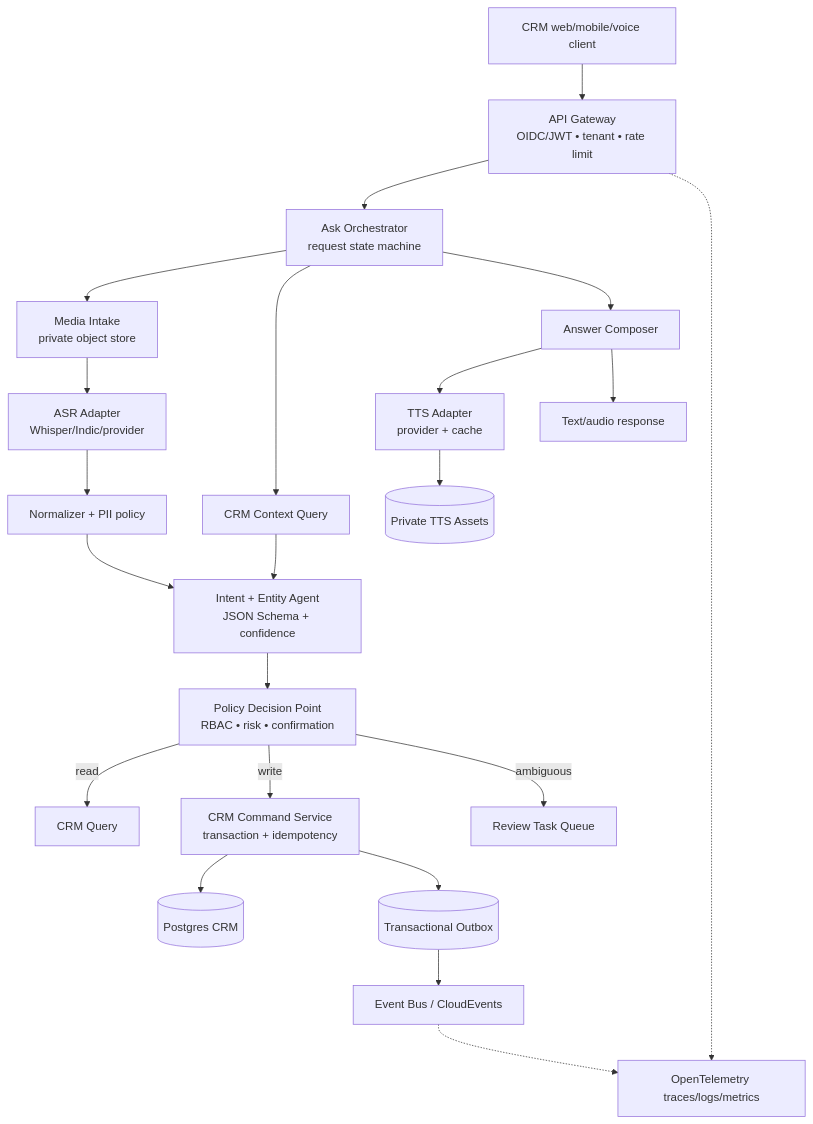
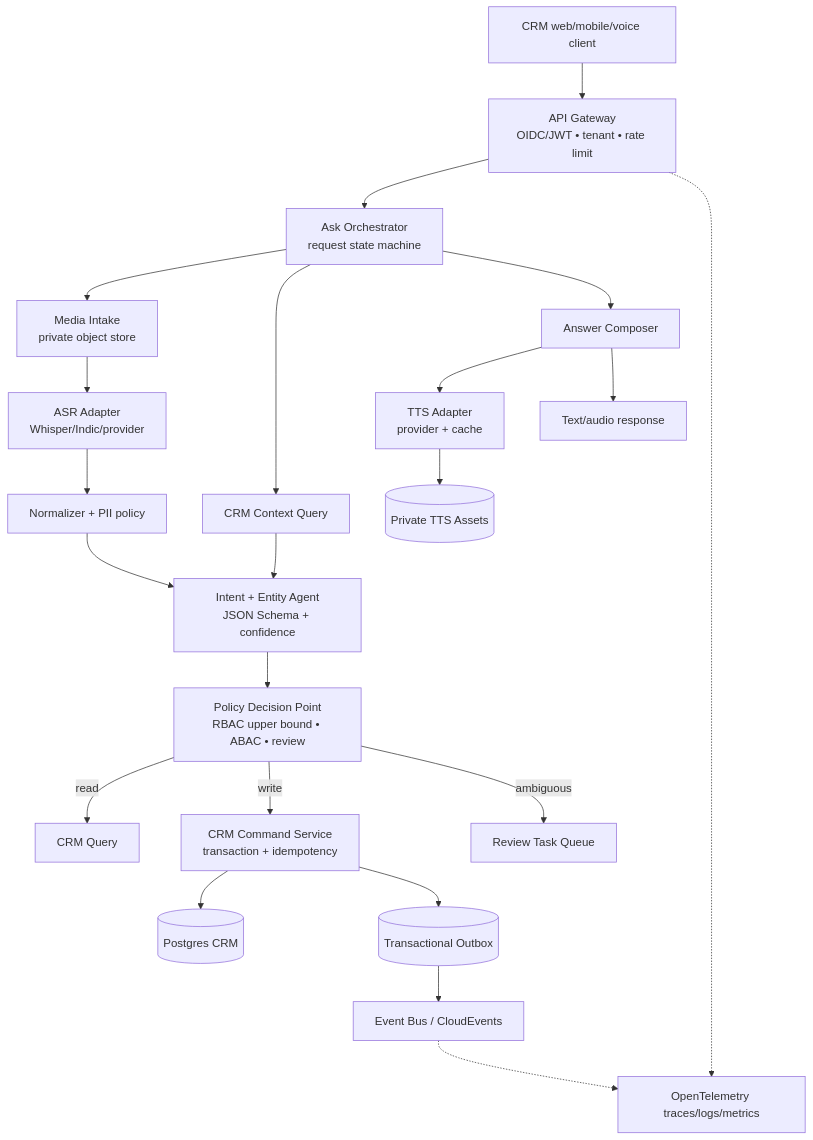
Before and after one commit to starSumi/sumi-agentic-voice-crm: the diagram in docs/ARCHITECTURE.md, drawn with Mermaid. The commit also changed other lines of this file and 27 other files, not shown here.

````diff
--- a/docs/ARCHITECTURE.md
+++ b/docs/ARCHITECTURE.md
@@ -12,24 +12,24 @@
 ```mermaid
 flowchart TB
   client[CRM web/mobile/voice client] --> gateway[API Gateway\nOIDC/JWT • tenant • rate limit]
   gateway --> ask[Ask Orchestrator\nrequest state machine]
   ask --> media[Media Intake\nprivate object store]
   media --> asr[ASR Adapter\nWhisper/Indic/provider]
   ask --> context[CRM Context Query]
   asr --> normalize[Normalizer + PII policy]
   context --> intent[Intent + Entity Agent\nJSON Schema + confidence]
   normalize --> intent
-  intent --> policy[Policy Decision Point\nRBAC • risk • confirmation]
+  intent --> policy[Policy Decision Point\nRBAC upper bound • ABAC • review]
   policy -->|read| crmquery[CRM Query]
   policy -->|write| command[CRM Command Service\ntransaction + idempotency]
   policy -->|ambiguous| review[Review Task Queue]
   command --> db[(Postgres CRM)]
   command --> outbox[(Transactional Outbox)]
   outbox --> events[Event Bus / CloudEvents]
   ask --> answer[Answer Composer]
   answer --> tts[TTS Adapter\nprovider + cache]
   tts --> audio[(Private TTS Assets)]
   answer --> response[Text/audio response]
   gateway -.-> obs[OpenTelemetry traces/logs/metrics]
   events -.-> obs
 ```
````
